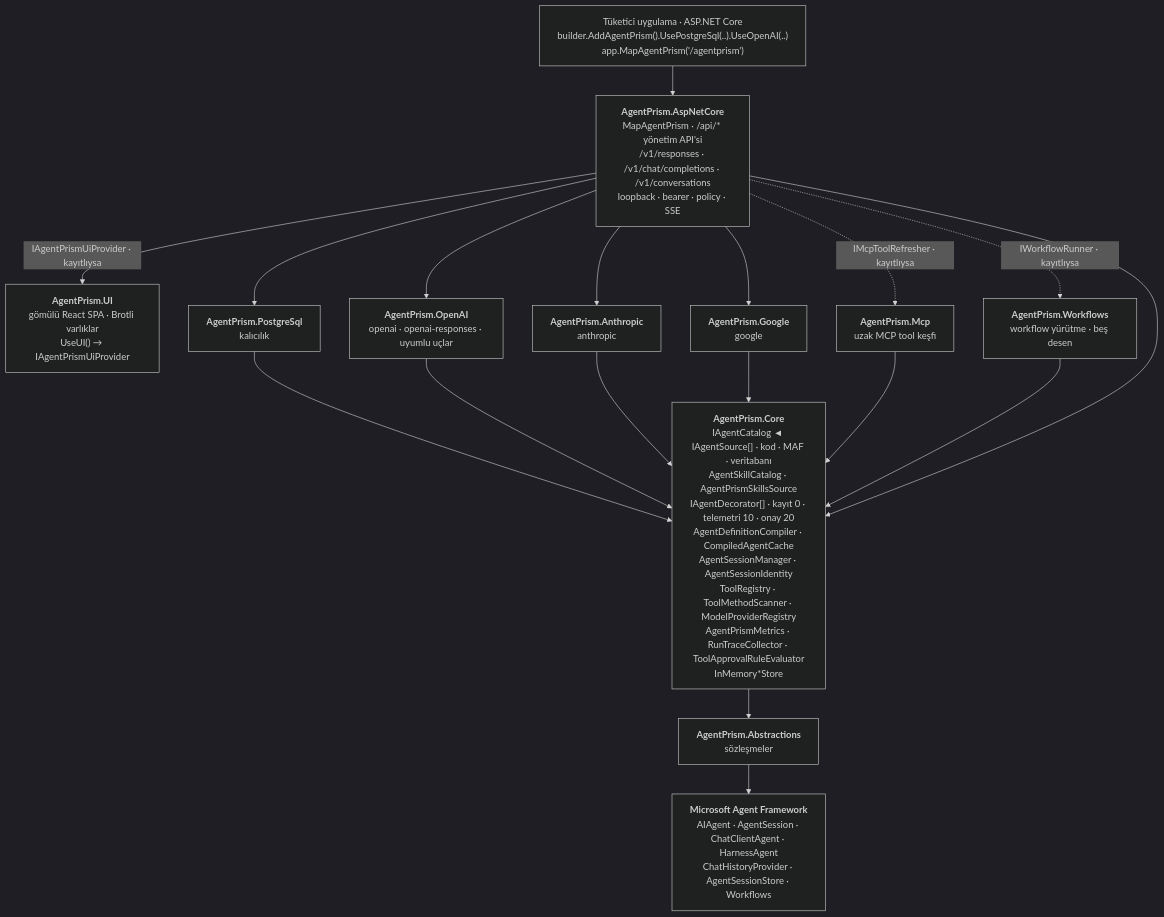
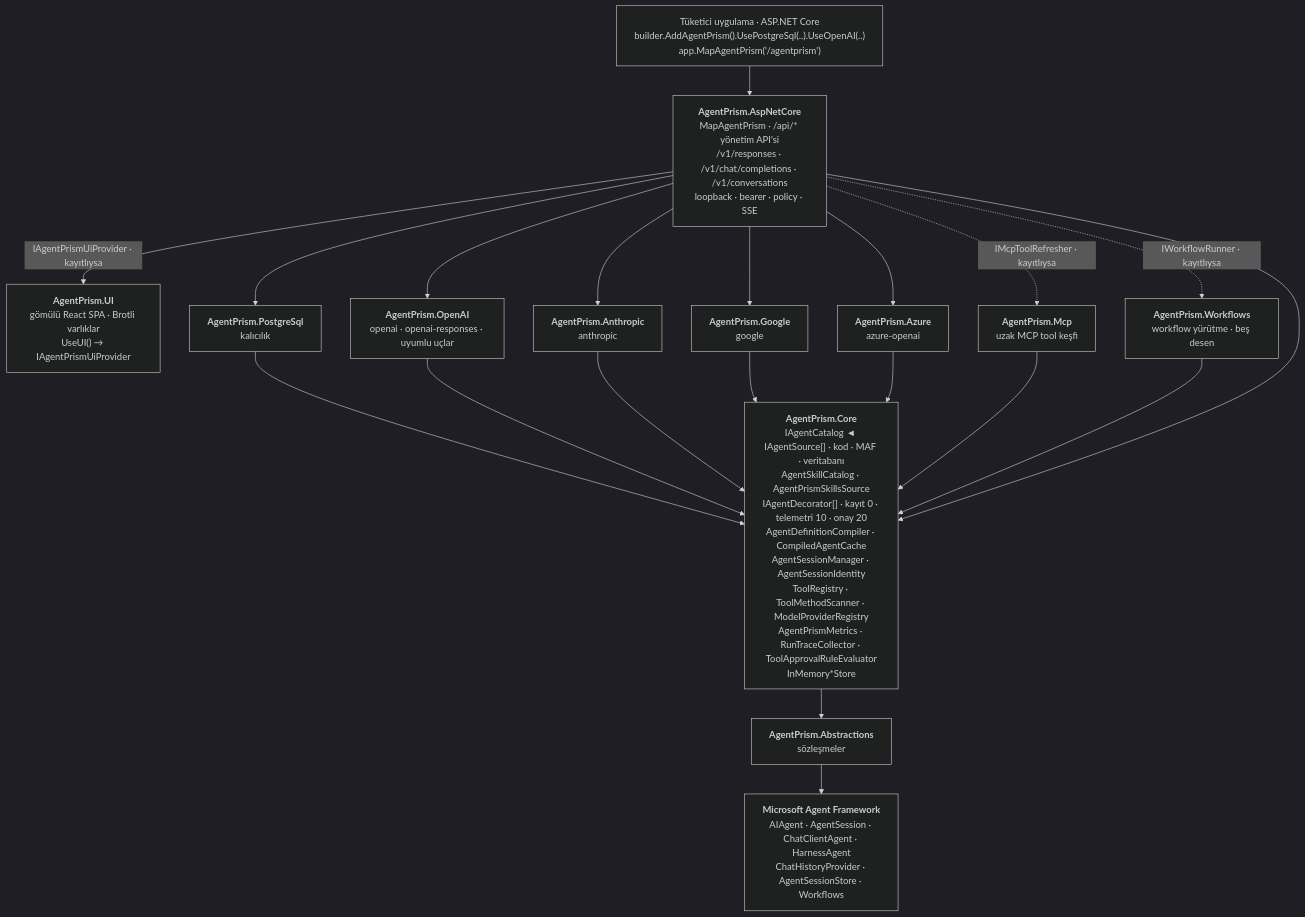
The first of 11 diagrams in docs/MIMARI.md (farukatasoy/Tracon), drawn with Mermaid (dark theme) before and after one commit. The commit also changed other lines of this file and 41 other files, not shown here.

````diff
--- a/docs/MIMARI.md
+++ b/docs/MIMARI.md
@@ -71,38 +68,41 @@
 ```mermaid
 flowchart TD
     T["Tüketici uygulama · ASP.NET Core<br/>builder.AddAgentPrism().UsePostgreSql(..).UseOpenAI(..)<br/>app.MapAgentPrism('/agentprism')"]
 
     UI["<b>AgentPrism.UI</b><br/>gömülü React SPA · Brotli varlıklar<br/>UseUI() → IAgentPrismUiProvider"]
 
     HTTP["<b>AgentPrism.AspNetCore</b><br/>MapAgentPrism · /api/* yönetim API'si<br/>/v1/responses · /v1/chat/completions · /v1/conversations<br/>loopback · bearer · policy · SSE"]
 
     PG["<b>AgentPrism.PostgreSql</b><br/>kalıcılık"]
     OA["<b>AgentPrism.OpenAI</b><br/>openai · openai-responses · uyumlu uçlar"]
     AN["<b>AgentPrism.Anthropic</b><br/>anthropic"]
     GO["<b>AgentPrism.Google</b><br/>google"]
+    AZ["<b>AgentPrism.Azure</b><br/>azure-openai"]
     MCP["<b>AgentPrism.Mcp</b><br/>uzak MCP tool keşfi"]
     WF["<b>AgentPrism.Workflows</b><br/>workflow yürütme · beş desen"]
 
     CORE["<b>AgentPrism.Core</b><br/>IAgentCatalog ◄ IAgentSource[] · kod · MAF · veritabanı<br/>AgentSkillCatalog · AgentPrismSkillsSource<br/>IAgentDecorator[] · kayıt 0 · telemetri 10 · onay 20<br/>AgentDefinitionCompiler · CompiledAgentCache<br/>AgentSessionManager · AgentSessionIdentity<br/>ToolRegistry · ToolMethodScanner · ModelProviderRegistry<br/>AgentPrismMetrics · RunTraceCollector · ToolApprovalRuleEvaluator<br/>InMemory*Store"]
 
     ABS["<b>AgentPrism.Abstractions</b><br/>sözleşmeler"]
 
     MAF["<b>Microsoft Agent Framework</b><br/>AIAgent · AgentSession · ChatClientAgent · HarnessAgent<br/>ChatHistoryProvider · AgentSessionStore · Workflows"]
 
     T --> HTTP
     HTTP -->|"IAgentPrismUiProvider · kayıtlıysa"| UI
     HTTP --> PG
     HTTP --> OA
     HTTP --> AN
     HTTP --> GO
+    HTTP --> AZ
     HTTP -.->|"IMcpToolRefresher · kayıtlıysa"| MCP
     HTTP -.->|"IWorkflowRunner · kayıtlıysa"| WF
     PG --> CORE
     OA --> CORE
     AN --> CORE
     GO --> CORE
+    AZ --> CORE
     MCP --> CORE
     WF --> CORE
     HTTP --> CORE
     CORE --> ABS --> MAF
 ```
````
